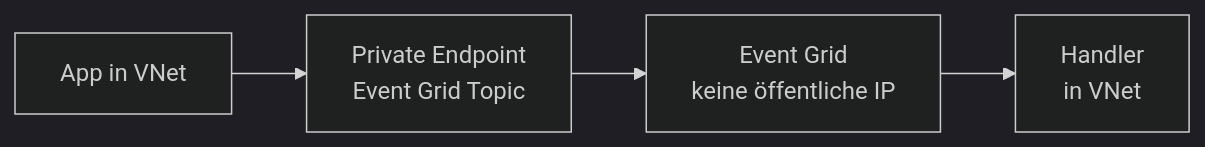
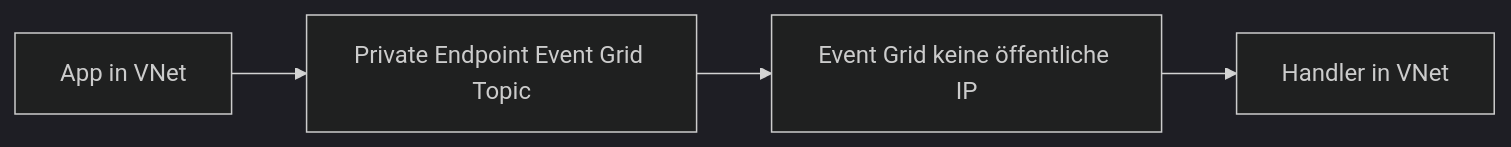
The fifth of 5 diagrams in Microsoft 365/Azure/Integration und Messaging/Azure Event Grid.md (SoniiiT/notes-n-docs), drawn with Mermaid (dark theme) before and after one commit. The commit also changed other lines of this file and 124 other files, not shown here.

First line of the commit message:
fix: Entferne \n aus allen Mermaid-Diagrammen (125 Dateien)

````diff
--- a/Microsoft 365/Azure/Integration und Messaging/Azure Event Grid.md
+++ b/Microsoft 365/Azure/Integration und Messaging/Azure Event Grid.md
@@ -294,6 +294,6 @@
 ```mermaid
 flowchart LR
-    APP[App in VNet] --> PE[Private Endpoint\nEvent Grid Topic]
-    PE --> EG[Event Grid\nkeine öffentliche IP]
-    EG --> H[Handler\nin VNet]
+    APP[App in VNet] --> PE[Private Endpoint Event Grid Topic]
+    PE --> EG[Event Grid keine öffentliche IP]
+    EG --> H[Handler in VNet]
 ```
````
